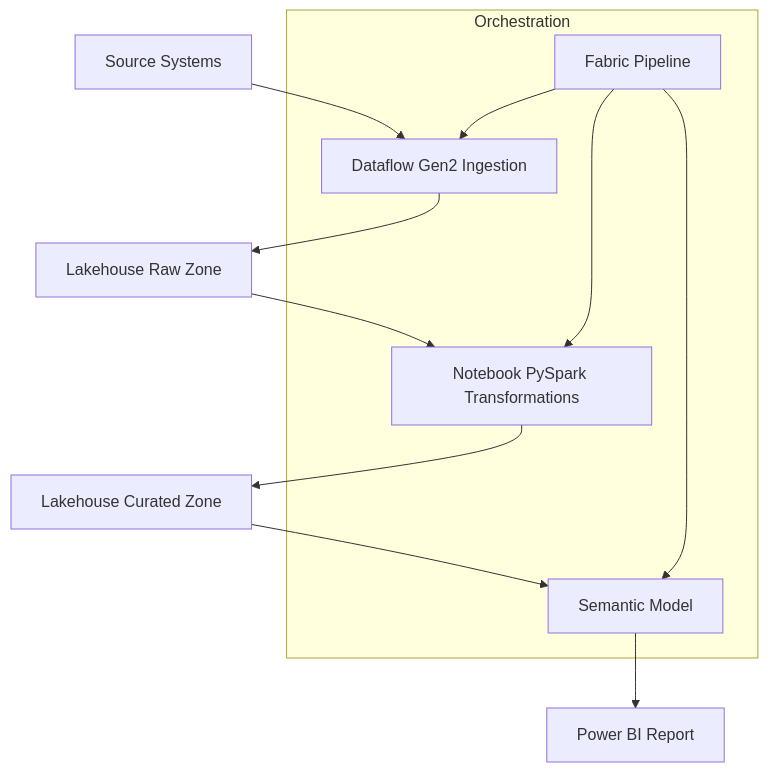
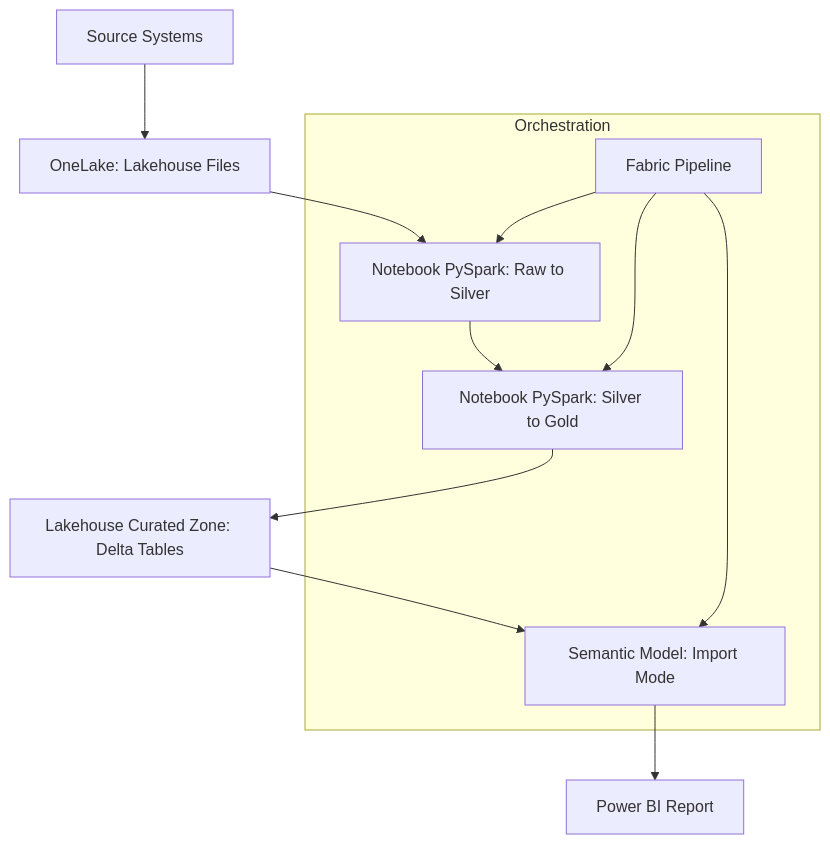
The diagram in docs/architecture/project2_pipeline_architecture.md (Dalbee/energy-analytics-fabric-bi), drawn with Mermaid before and after one commit. The commit also changed other lines of this file and 7 other files, not shown here.

````diff
--- a/docs/architecture/project2_pipeline_architecture.md
+++ b/docs/architecture/project2_pipeline_architecture.md
@@ -24,16 +27,16 @@
 ```mermaid
 flowchart TD
-    A[Source Systems] --> B[Dataflow Gen2 Ingestion]
-    B --> C[Lakehouse Raw Zone]
-    C --> D[Notebook PySpark Transformations]
-    D --> E[Lakehouse Curated Zone]
-    E --> F[Semantic Model]
+    A[Source Systems] --> B[OneLake: Lakehouse Files]
+    B --> C[Notebook PySpark: Raw to Silver]
+    C --> D[Notebook PySpark: Silver to Gold]
+    D --> E[Lakehouse Curated Zone: Delta Tables]
+    E --> F[Semantic Model: Import Mode]
     F --> G[Power BI Report]
 
     subgraph Orchestration
         H[Fabric Pipeline]
-        H --> B
+        H --> C
         H --> D
         H --> F
     end
 ```
````
